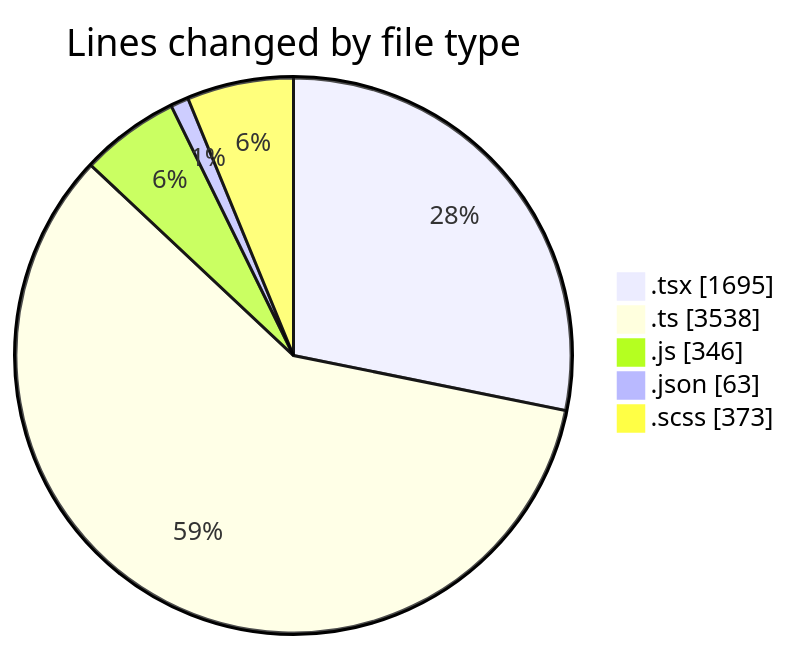
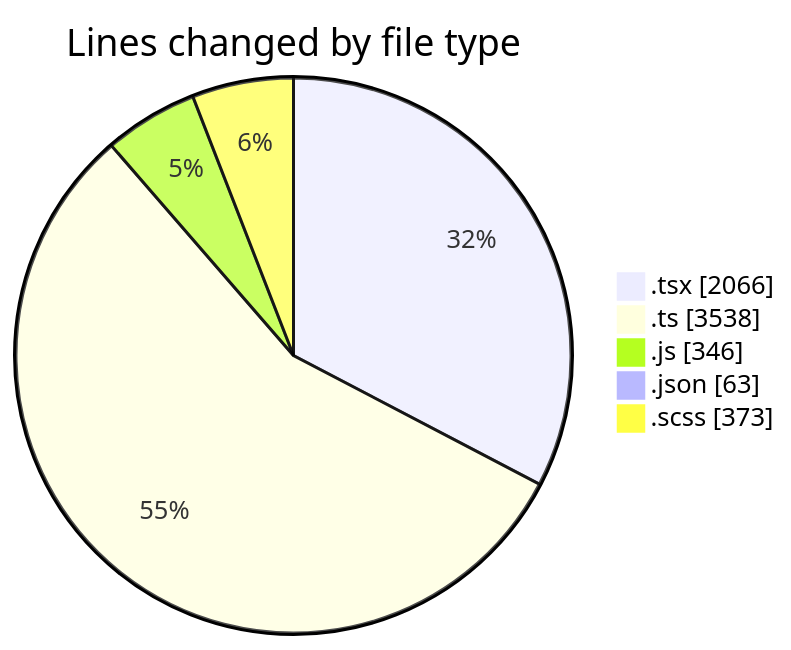
One commit to momahboobian/code-tracking changed the first of 2 diagrams in 2025-12-01/cda/README.md. Above: the diagram before and after it, drawn with Mermaid. The commit also changed other lines of this file and 1 other file, not shown here.

````diff
--- a/2025-12-01/cda/README.md
+++ b/2025-12-01/cda/README.md
@@ -33,9 +33,9 @@
 ```mermaid
 pie showData
 title Lines changed by file type
-".tsx" : 1695
+".tsx" : 2066
 ".ts" : 3538
 ".js" : 346
 ".json" : 63
 ".scss" : 373
 ```
````
